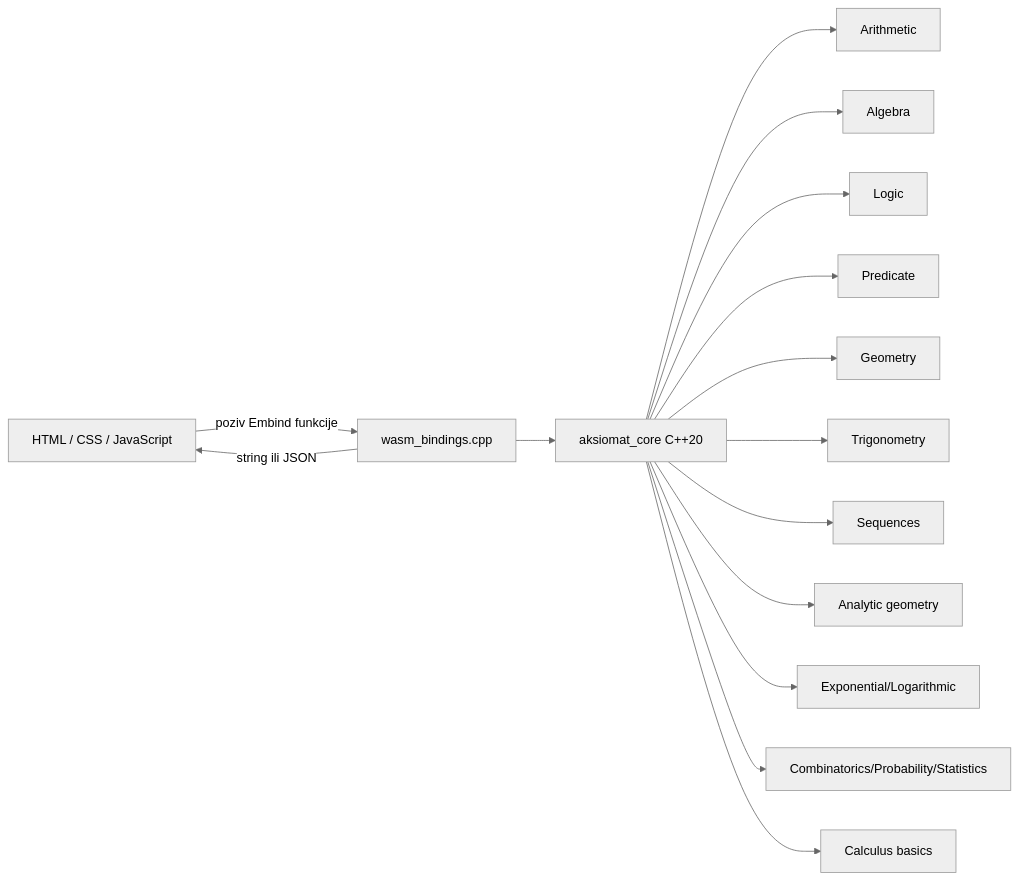
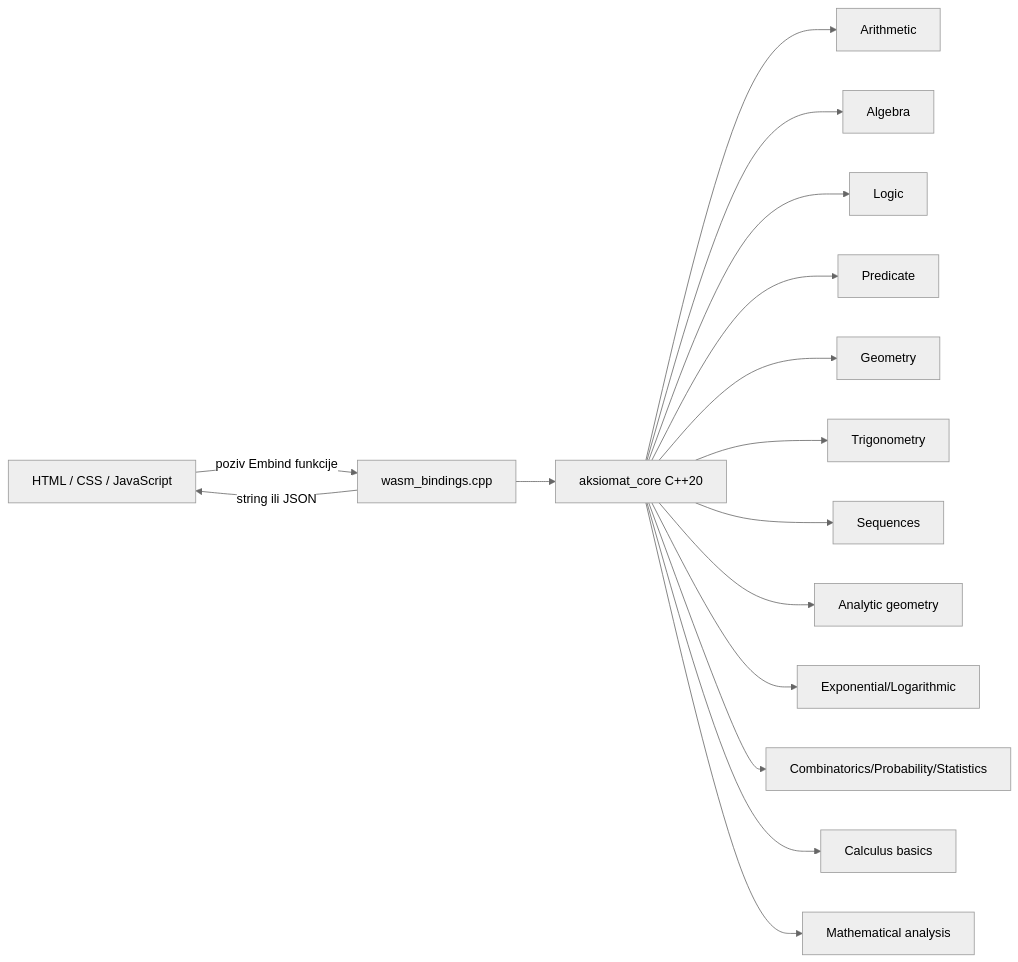
The first of 3 diagrams in docs/architecture.md (StjepanVelc/MathEngine), drawn with Mermaid (neutral theme) before and after one commit. The commit also changed 37 other files, not shown here.

````diff
--- a/docs/architecture.md
+++ b/docs/architecture.md
@@ -7,17 +7,18 @@
 ```mermaid
 flowchart LR
 	UI[HTML / CSS / JavaScript] -->|poziv Embind funkcije| WB[wasm_bindings.cpp]
 	WB --> CORE[aksiomat_core C++20]
 	CORE --> AR[Arithmetic]
 	CORE --> AL[Algebra]
 	CORE --> LO[Logic]
 	CORE --> PR[Predicate]
 	CORE --> GE[Geometry]
 	CORE --> TR[Trigonometry]
 	CORE --> SEQ[Sequences]
 	CORE --> AG[Analytic geometry]
 	CORE --> EL[Exponential/Logarithmic]
 	CORE --> CPS[Combinatorics/Probability/Statistics]
 	CORE --> CB[Calculus basics]
+	CORE --> MA[Mathematical analysis]
 	WB -->|string ili JSON| UI
 ```
````
